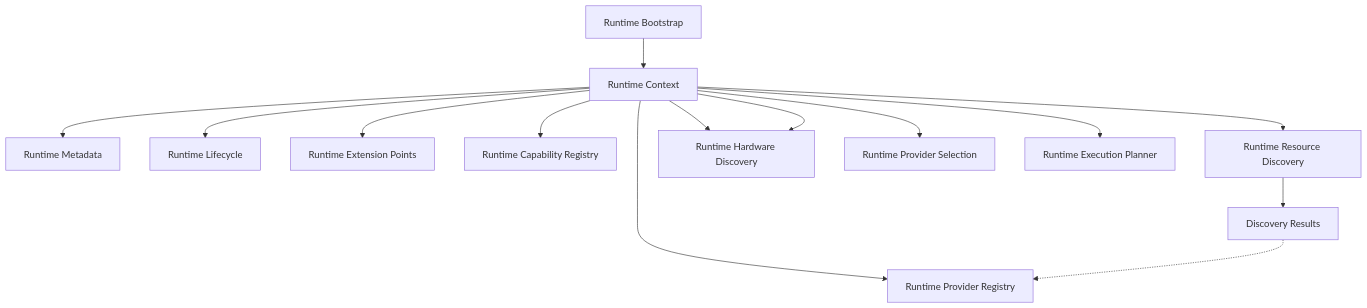
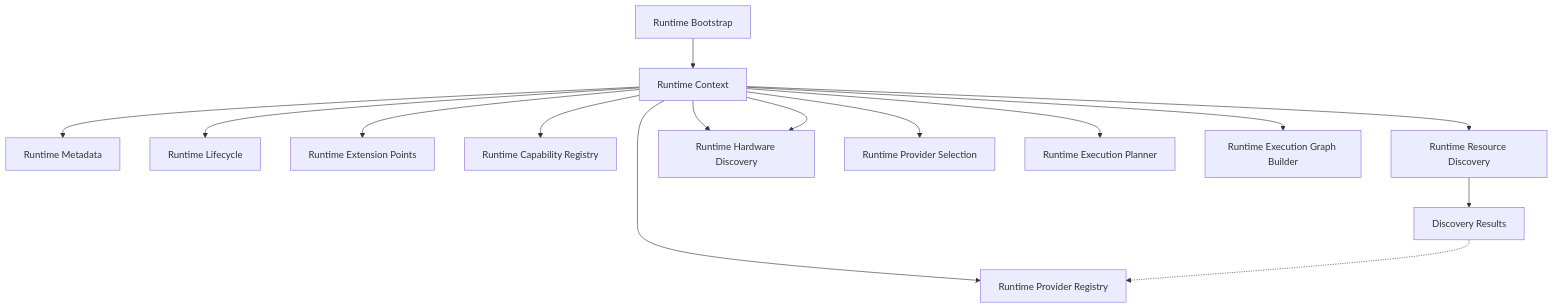
One commit to RudraNarayanRoy01/ClipForge changed the diagram in docs/architecture/runtime/RUNTIME_ARCHITECTURE.md. Above: the diagram before and after it, drawn with Mermaid. The commit also changed other lines of this file and 8 other files, not shown here.

Commit message:
feat(runtime): Batch 6.2.3 establish execution graph foundation

````diff
--- a/docs/architecture/runtime/RUNTIME_ARCHITECTURE.md
+++ b/docs/architecture/runtime/RUNTIME_ARCHITECTURE.md
@@ -79,35 +79,37 @@
 ```mermaid
 flowchart TD
     Bootstrap[Runtime Bootstrap]
     
     Context[Runtime Context]
     Bootstrap --> Context
     
     Metadata[Runtime Metadata]
     Lifecycle[Runtime Lifecycle]
     Extensions[Runtime Extension Points]
     Registry[Runtime Capability Registry]
     
     Context --> Metadata
     Context --> Lifecycle
     Context --> Extensions
     Context --> Registry
     Context --> Discovery
     Context --> HardwareDiscovery
     
     Discovery[Runtime Resource Discovery]
     Results[Discovery Results]
     Discovery --> Results
     
     ProviderRegistry[Runtime Provider Registry]
     HardwareDiscovery[Runtime Hardware Discovery]
     ProviderSelection[Runtime Provider Selection]
     ExecutionPlanner[Runtime Execution Planner]
+    ExecutionGraphBuilder[Runtime Execution Graph Builder]
     
     Context --> ProviderRegistry
     Context --> HardwareDiscovery
     Context --> ProviderSelection
     Context --> ExecutionPlanner
+    Context --> ExecutionGraphBuilder
     
     Results -.-> ProviderRegistry
 ```
````
